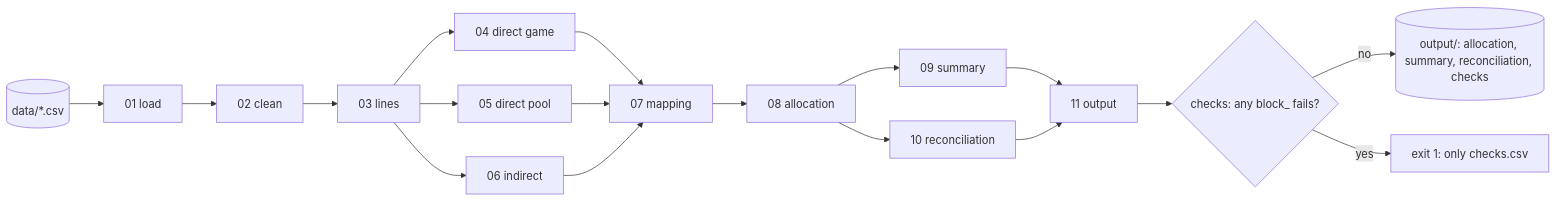
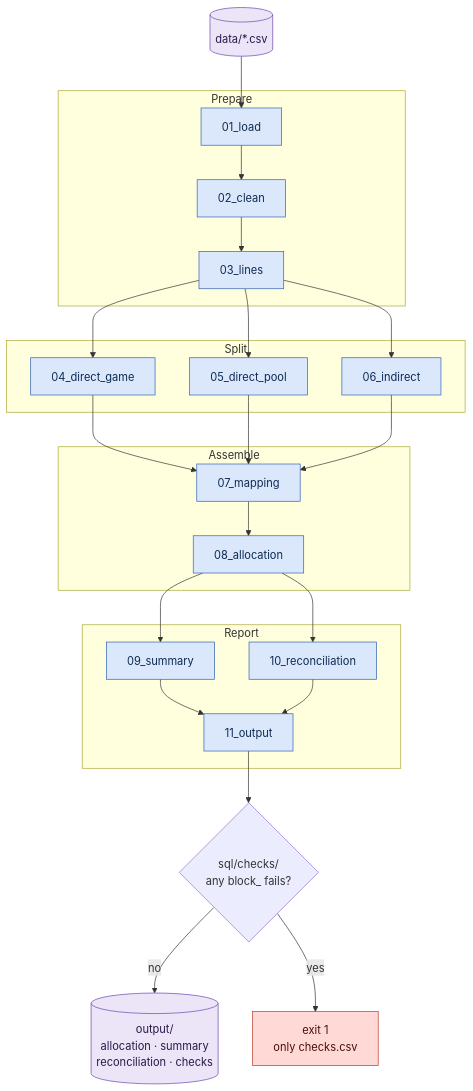
Before and after one commit to felipiadenildo/lumen-games-allocation: the third of 3 diagrams in docs/design.md, drawn with Mermaid. The commit also changed other lines of this file and 24 other files, not shown here.

Commit message:
Standardize IDs, names and citations; add design contents and revised diagrams

````diff
--- a/docs/design.md
+++ b/docs/design.md
@@ -354,18 +433,40 @@
 ```mermaid
-flowchart LR
-    D[("data/*.csv")] --> S1["01 load"] --> S2["02 clean"] --> S3["03 lines"]
-    S3 --> S4["04 direct game"]
-    S3 --> S5["05 direct pool"]
-    S3 --> S6["06 indirect"]
-    S4 --> S7["07 mapping"]
-    S5 --> S7
-    S6 --> S7
-    S7 --> S8["08 allocation"]
-    S8 --> S9["09 summary"]
-    S8 --> S10["10 reconciliation"]
-    S9 --> S11["11 output"]
-    S10 --> S11
-    S11 --> C{"checks: any block_ fails?"}
-    C -- no --> O[("output/: allocation, summary, reconciliation, checks")]
-    C -- yes --> X["exit 1: only checks.csv"]
+flowchart TD
+    IN[("data/*.csv")]
+
+    subgraph PREP["Prepare"]
+        P01["01_load"] --> P02["02_clean"] --> P03["03_lines"]
+    end
+
+    subgraph SPLIT["Split"]
+        P04["04_direct_game"]
+        P05["05_direct_pool"]
+        P06["06_indirect"]
+    end
+
+    subgraph BUILD["Assemble"]
+        P07["07_mapping"] --> P08["08_allocation"]
+    end
+
+    subgraph REPORT["Report"]
+        P09["09_summary"]
+        P10["10_reconciliation"]
+        P11["11_output"]
+    end
+
+    IN --> P01
+    P03 --> P04 & P05 & P06
+    P04 & P05 & P06 --> P07
+    P08 --> P09 & P10
+    P09 & P10 --> P11
+    P11 --> CK{"sql/checks/<br/>any block_ fails?"}
+    CK -- no --> OUT[("output/<br/>allocation · summary<br/>reconciliation · checks")]
+    CK -- yes --> STOP["exit 1<br/>only checks.csv"]
+
+    classDef step fill:#dbe8fb,stroke:#2f62b0,color:#0e2a52
+    classDef io fill:#ece4f7,stroke:#6a46b0,color:#2b1a4a
+    classDef stop fill:#ffd9d6,stroke:#c0392b,color:#4a0f0a
+    class P01,P02,P03,P04,P05,P06,P07,P08,P09,P10,P11 step
+    class IN,OUT io
+    class STOP stop
 ```
````
